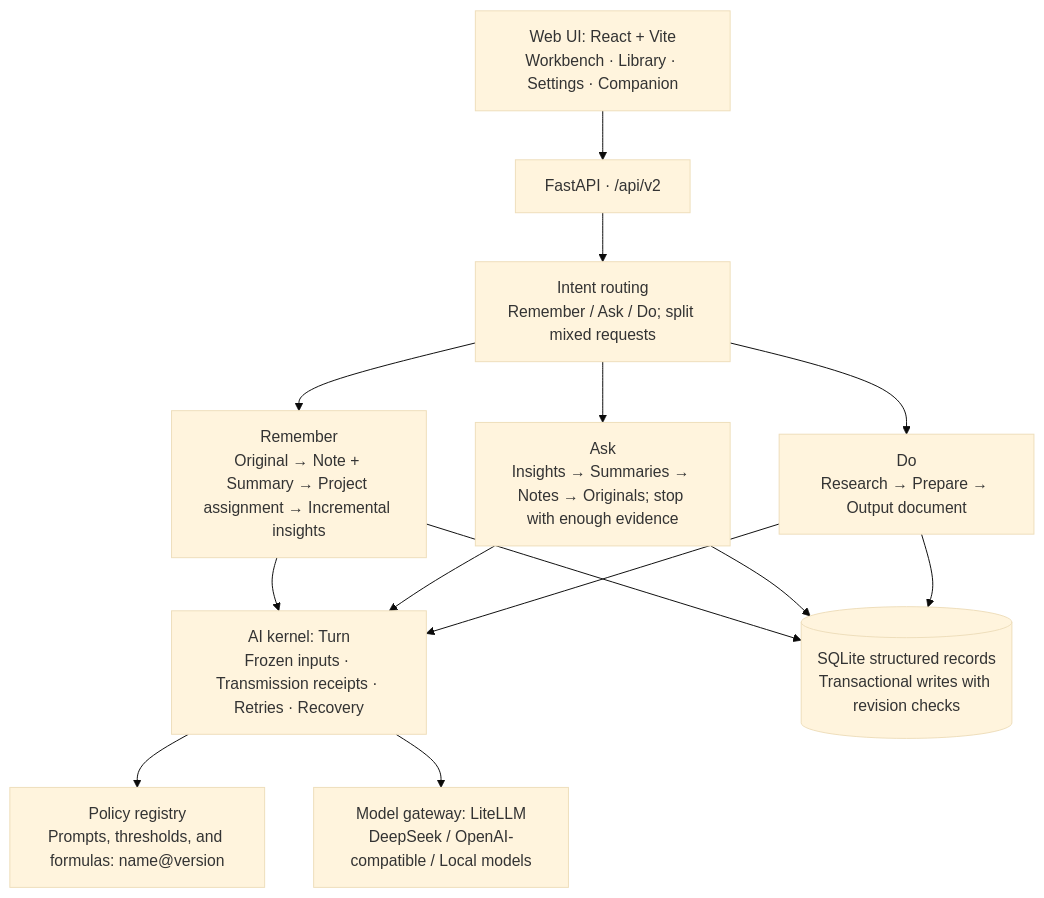
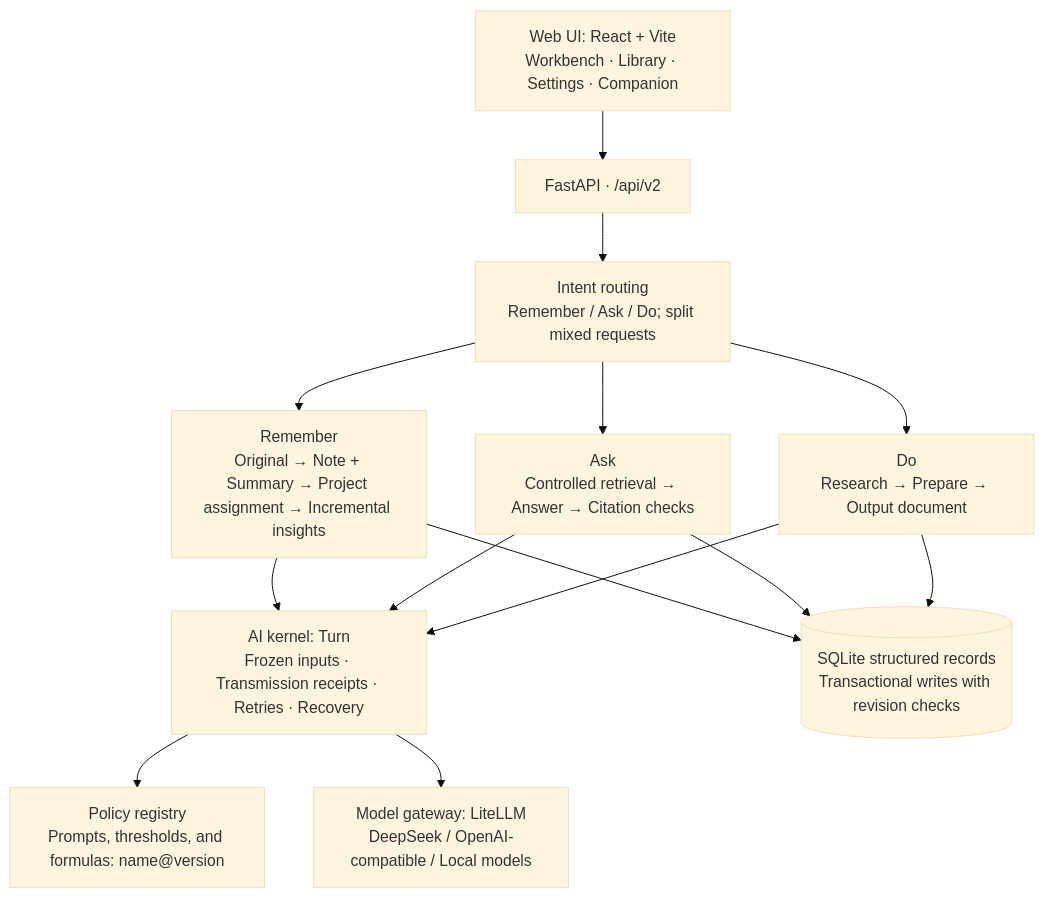
Before and after one commit to qingmingyiyang/Incremind: the first of 2 diagrams in README.md, drawn with Mermaid (base theme). The commit also changed other lines of this file and 16 other files, not shown here.

````diff
--- a/README.md
+++ b/README.md
@@ -221,12 +232,12 @@
 ```mermaid
 flowchart TB
   UI["Web UI: React + Vite<br/>Workbench · Library · Settings · Companion"] --> API["FastAPI · /api/v2"]
   API --> R["Intent routing<br/>Remember / Ask / Do; split mixed requests"]
   R --> M["Remember<br/>Original → Note + Summary → Project assignment → Incremental insights"]
-  R --> Q["Ask<br/>Insights → Summaries → Notes → Originals; stop with enough evidence"]
+  R --> Q["Ask<br/>Controlled retrieval → Answer → Citation checks"]
   R --> D["Do<br/>Research → Prepare → Output document"]
   M & Q & D --> K["AI kernel: Turn<br/>Frozen inputs · Transmission receipts · Retries · Recovery"]
   K --> P["Policy registry<br/>Prompts, thresholds, and formulas: name@version"]
   K --> G["Model gateway: LiteLLM<br/>DeepSeek / OpenAI-compatible / Local models"]
   M & Q & D --> S[("SQLite structured records<br/>Transactional writes with revision checks")]
 ```
````
